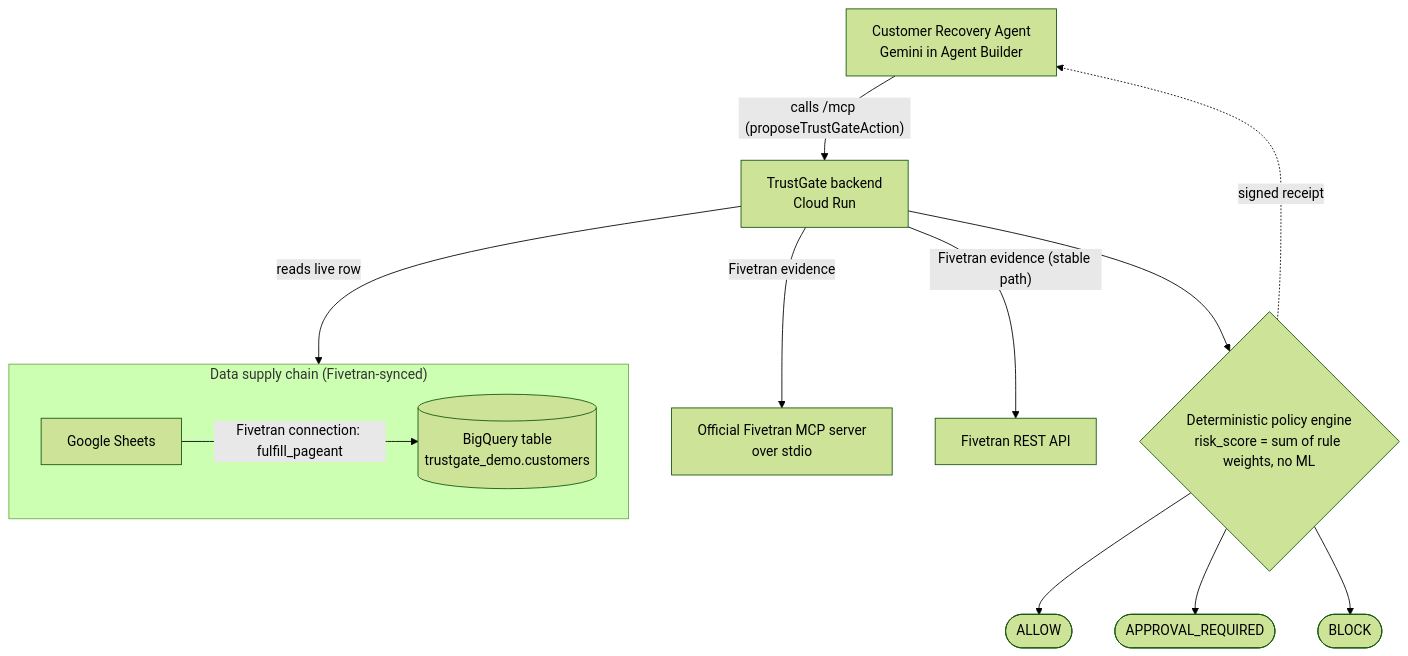
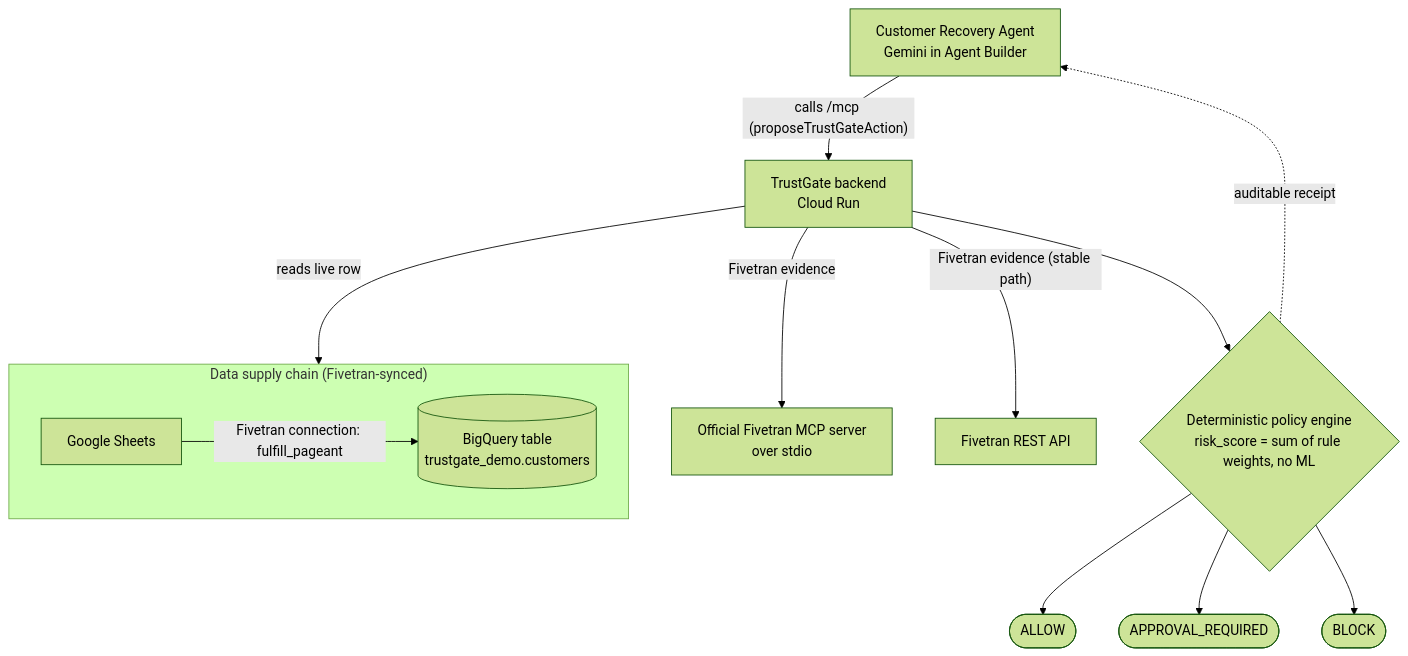
The diagram in README.md (MoAz06/trustgate-ai-agents), drawn with Mermaid (forest theme) before and after one commit.

Commit message:
Fix diagram label: auditable receipt, not signed

````diff
--- a/README.md
+++ b/README.md
@@ -21,26 +21,26 @@
 ```mermaid
 flowchart TD
     subgraph SC["Data supply chain (Fivetran-synced)"]
         direction LR
         GS["Google Sheets"] -->|"Fivetran connection: fulfill_pageant"| BQT[("BigQuery table<br/>trustgate_demo.customers")]
     end
 
     AGENT["Customer Recovery Agent<br/>Gemini in Agent Builder"]
     TG["TrustGate backend<br/>Cloud Run"]
     FMCP["Official Fivetran MCP server<br/>over stdio"]
     FREST["Fivetran REST API"]
     POLICY{"Deterministic policy engine<br/>risk_score = sum of rule weights, no ML"}
     ALLOW(["ALLOW"])
     APPROVE(["APPROVAL_REQUIRED"])
     BLOCK(["BLOCK"])
 
     AGENT -->|"calls /mcp (proposeTrustGateAction)"| TG
     TG -->|"Fivetran evidence"| FMCP
     TG -->|"Fivetran evidence (stable path)"| FREST
     TG -->|"reads live row"| BQT
     TG --> POLICY
     POLICY --> ALLOW
     POLICY --> APPROVE
     POLICY --> BLOCK
-    POLICY -.->|"signed receipt"| AGENT
+    POLICY -.->|"auditable receipt"| AGENT
 ```
````
